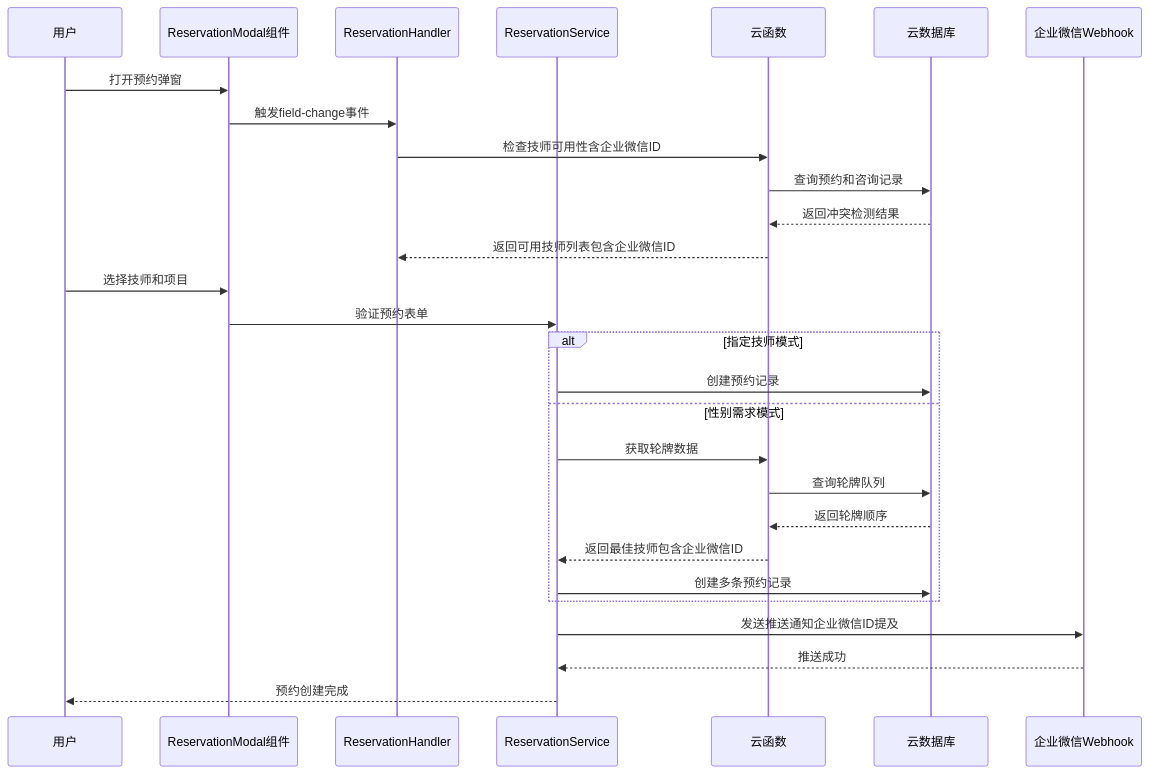
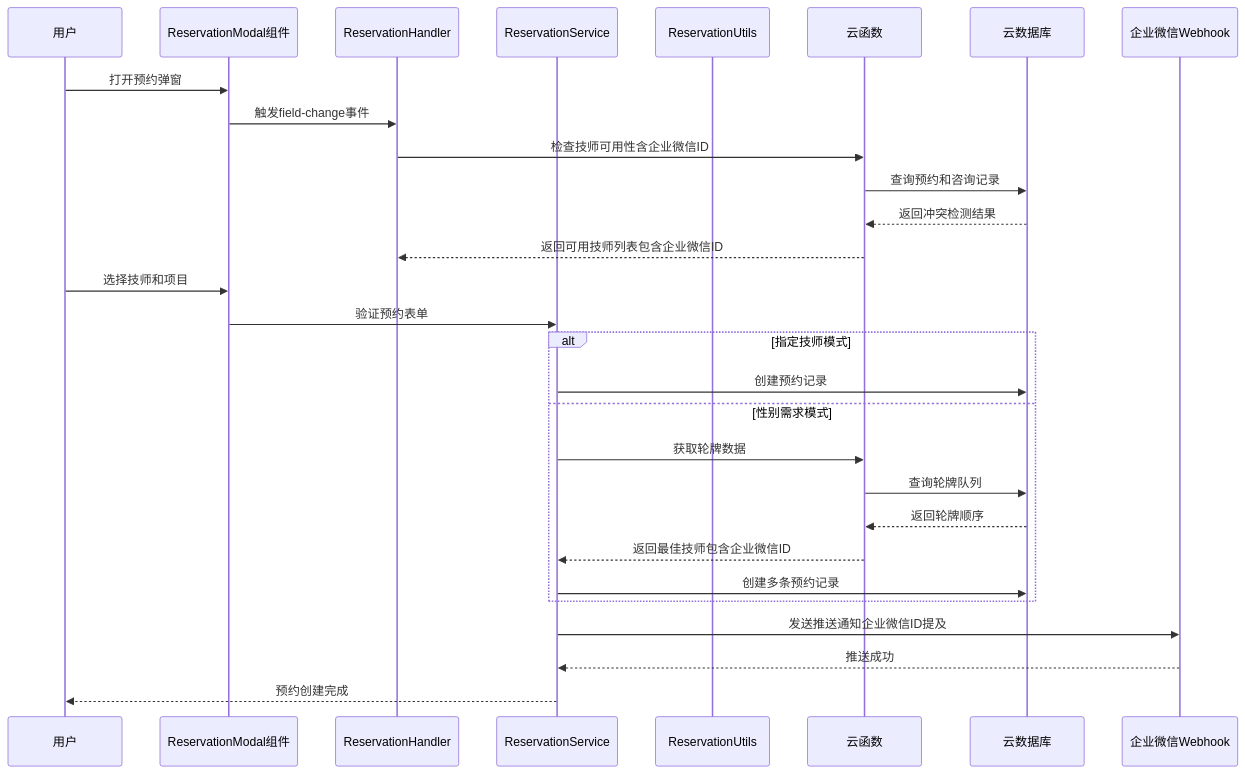
Before and after one commit to xwHoward/padoo-consulation-printer: the third of 10 diagrams in .qoder/repowiki/zh/content/预约处理器.md, drawn with Mermaid. The commit also changed other lines of this file and 15 other files, not shown here.

````diff
--- a/.qoder/repowiki/zh/content/预约处理器.md
+++ b/.qoder/repowiki/zh/content/预约处理器.md
@@ -301,30 +318,31 @@
 ```mermaid
 sequenceDiagram
 participant U as 用户
 participant RM as ReservationModal组件
 participant RH as ReservationHandler
 participant RS as ReservationService
+participant RU as ReservationUtils
 participant CF as 云函数
 participant DB as 云数据库
 participant W as 企业微信Webhook
 U->>RM : 打开预约弹窗
 RM->>RH : 触发field-change事件
 RH->>CF : 检查技师可用性含企业微信ID
 CF->>DB : 查询预约和咨询记录
 DB-->>CF : 返回冲突检测结果
 CF-->>RH : 返回可用技师列表包含企业微信ID
 U->>RM : 选择技师和项目
 RM->>RS : 验证预约表单
 alt 指定技师模式
 RS->>DB : 创建预约记录
 else 性别需求模式
 RS->>CF : 获取轮牌数据
 CF->>DB : 查询轮牌队列
 DB-->>CF : 返回轮牌顺序
 CF-->>RS : 返回最佳技师包含企业微信ID
 RS->>DB : 创建多条预约记录
 end
 RS->>W : 发送推送通知企业微信ID提及
 W-->>RS : 推送成功
 RS-->>U : 预约创建完成
 ```
````
